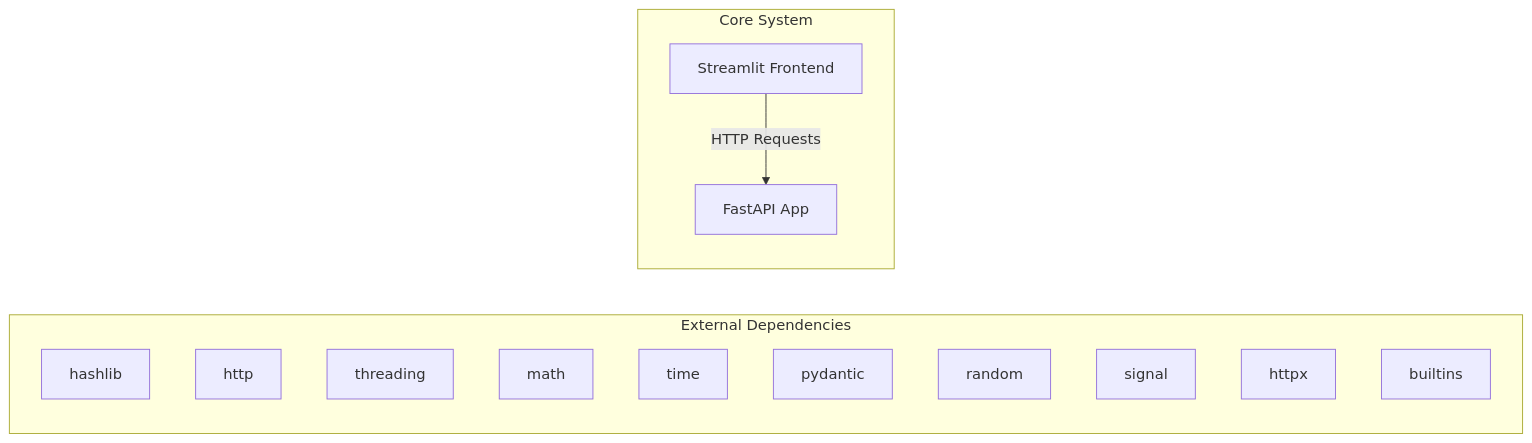
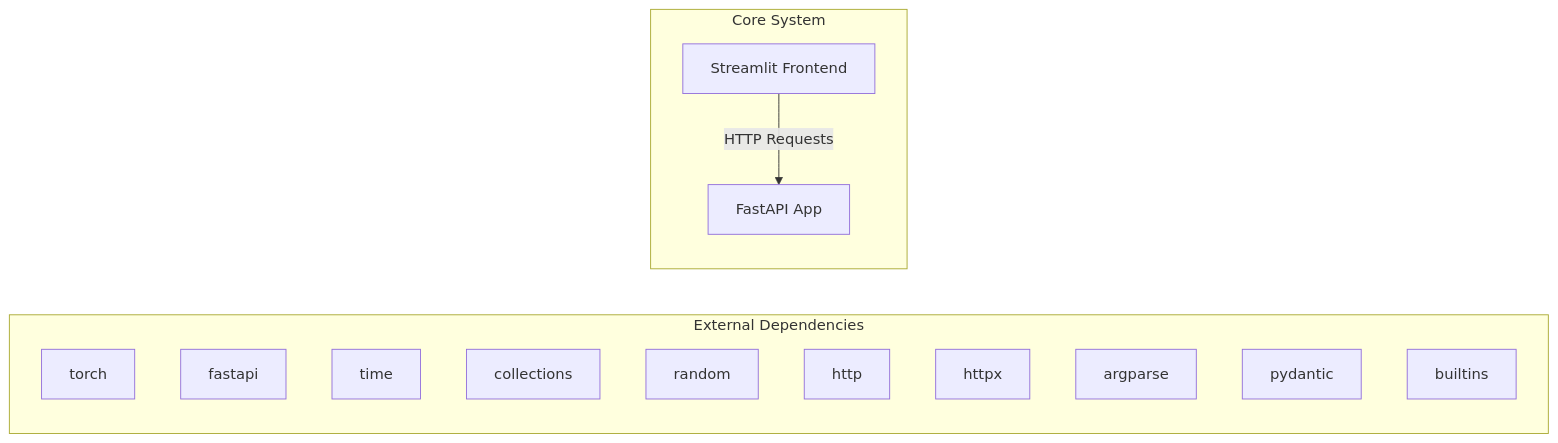
Before and after one commit to NITISH-R-G/rag-context-optimizer: the first of 2 diagrams in docs/architecture.md, drawn with Mermaid. The commit also changed other lines of this file and 1 other file, not shown here.

Commit message:
docs: auto-update repository knowledge, architecture diagrams, and documentation

````diff
--- a/docs/architecture.md
+++ b/docs/architecture.md
@@ -7,20 +7,20 @@
 ```mermaid
 graph LR
     subgraph External Dependencies
-        E0["hashlib"]
-        E1["http"]
-        E2["threading"]
-        E3["math"]
-        E4["time"]
-        E5["pydantic"]
-        E6["random"]
-        E7["signal"]
-        E8["httpx"]
+        E0["torch"]
+        E1["fastapi"]
+        E2["time"]
+        E3["collections"]
+        E4["random"]
+        E5["http"]
+        E6["httpx"]
+        E7["argparse"]
+        E8["pydantic"]
         E9["builtins"]
     end
     subgraph Core System
         API["FastAPI App"]
         UI["Streamlit Frontend"]
     end
     UI -->|HTTP Requests| API
 ```
````
